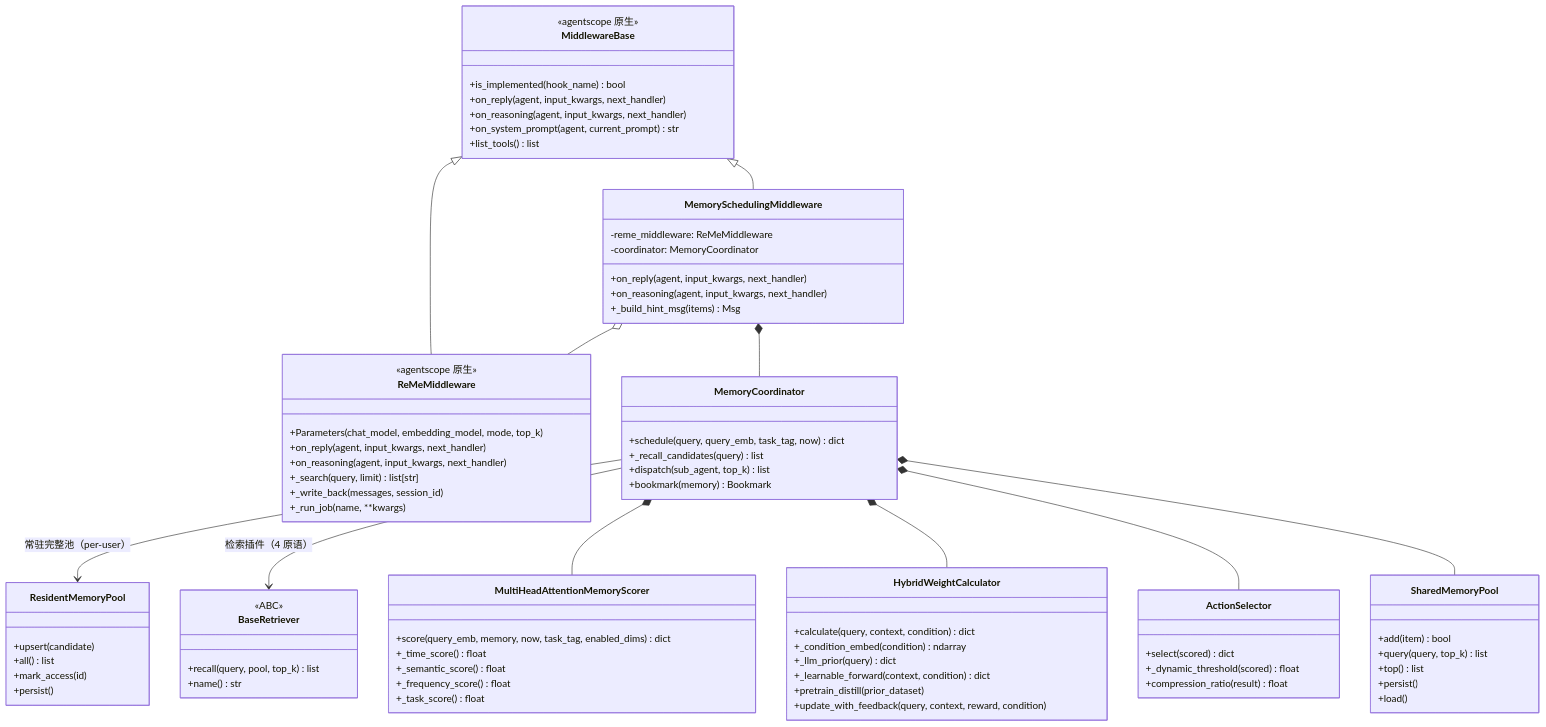
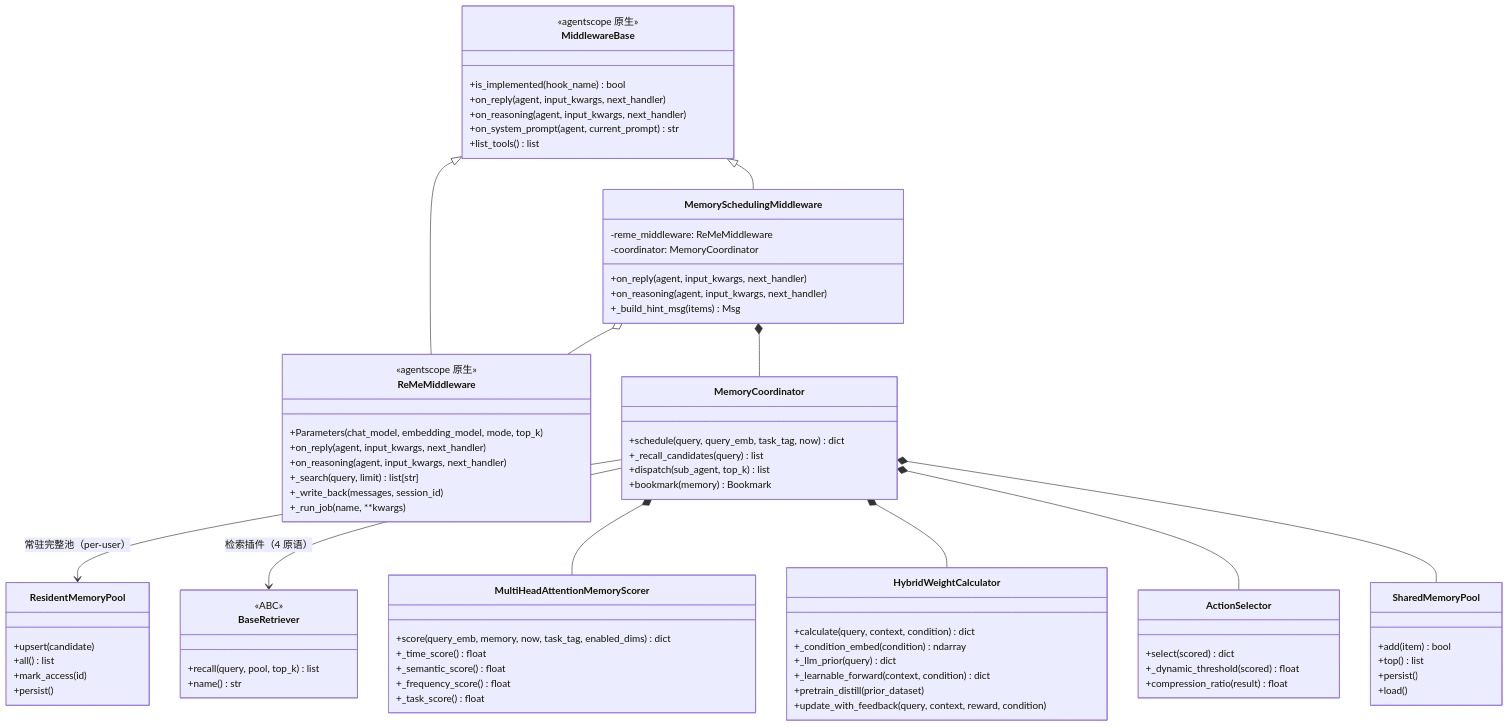
One commit to ToWaitJust/Multi-agent-Memory changed the eighth of 10 diagrams in docs/多智能体记忆共享调度系统工程实现文档.md. Above: the diagram before and after it, drawn with Mermaid. The commit also changed other lines of this file and 57 other files, not shown here.

````diff
--- a/docs/多智能体记忆共享调度系统工程实现文档.md
+++ b/docs/多智能体记忆共享调度系统工程实现文档.md
@@ -896,82 +893,81 @@
 ```mermaid
 classDiagram
     class MiddlewareBase {
         <<agentscope 原生>>
         +is_implemented(hook_name) bool
         +on_reply(agent, input_kwargs, next_handler)
         +on_reasoning(agent, input_kwargs, next_handler)
         +on_system_prompt(agent, current_prompt) str
         +list_tools() list
     }
     class ReMeMiddleware {
         <<agentscope 原生>>
         +Parameters(chat_model, embedding_model, mode, top_k)
         +on_reply(agent, input_kwargs, next_handler)
         +on_reasoning(agent, input_kwargs, next_handler)
         +_search(query, limit) list[str]
         +_write_back(messages, session_id)
         +_run_job(name, **kwargs)
     }
     class MemorySchedulingMiddleware {
         -reme_middleware: ReMeMiddleware
         -coordinator: MemoryCoordinator
         +on_reply(agent, input_kwargs, next_handler)
         +on_reasoning(agent, input_kwargs, next_handler)
         +_build_hint_msg(items) Msg
     }
     class MemoryCoordinator {
         +schedule(query, query_emb, task_tag, now) dict
         +_recall_candidates(query) list
         +dispatch(sub_agent, top_k) list
         +bookmark(memory) Bookmark
     }
     class ResidentMemoryPool {
         +upsert(candidate)
         +all() list
         +mark_access(id)
         +persist()
     }
     class BaseRetriever {
         <<ABC>>
         +recall(query, pool, top_k) list
         +name() str
     }
     MemoryCoordinator --> ResidentMemoryPool : 常驻完整池（per-user）
     MemoryCoordinator --> BaseRetriever : 检索插件（4 原语）
     class MultiHeadAttentionMemoryScorer {
         +score(query_emb, memory, now, task_tag, enabled_dims) dict
         +_time_score() float
         +_semantic_score() float
         +_frequency_score() float
         +_task_score() float
     }
     class HybridWeightCalculator {
         +calculate(query, context, condition) dict
         +_condition_embed(condition) ndarray
         +_llm_prior(query) dict
         +_learnable_forward(context, condition) dict
         +pretrain_distill(prior_dataset)
         +update_with_feedback(query, context, reward, condition)
     }
     class ActionSelector {
         +select(scored) dict
         +_dynamic_threshold(scored) float
         +compression_ratio(result) float
     }
     class SharedMemoryPool {
         +add(item) bool
-        +query(query, top_k) list
         +top() list
         +persist()
         +load()
     }
 
     MiddlewareBase <|-- ReMeMiddleware
     MiddlewareBase <|-- MemorySchedulingMiddleware
     MemorySchedulingMiddleware *-- MemoryCoordinator
     MemorySchedulingMiddleware o-- ReMeMiddleware
     MemoryCoordinator *-- MultiHeadAttentionMemoryScorer
     MemoryCoordinator *-- HybridWeightCalculator
     MemoryCoordinator *-- ActionSelector
     MemoryCoordinator *-- SharedMemoryPool
 ```
````
